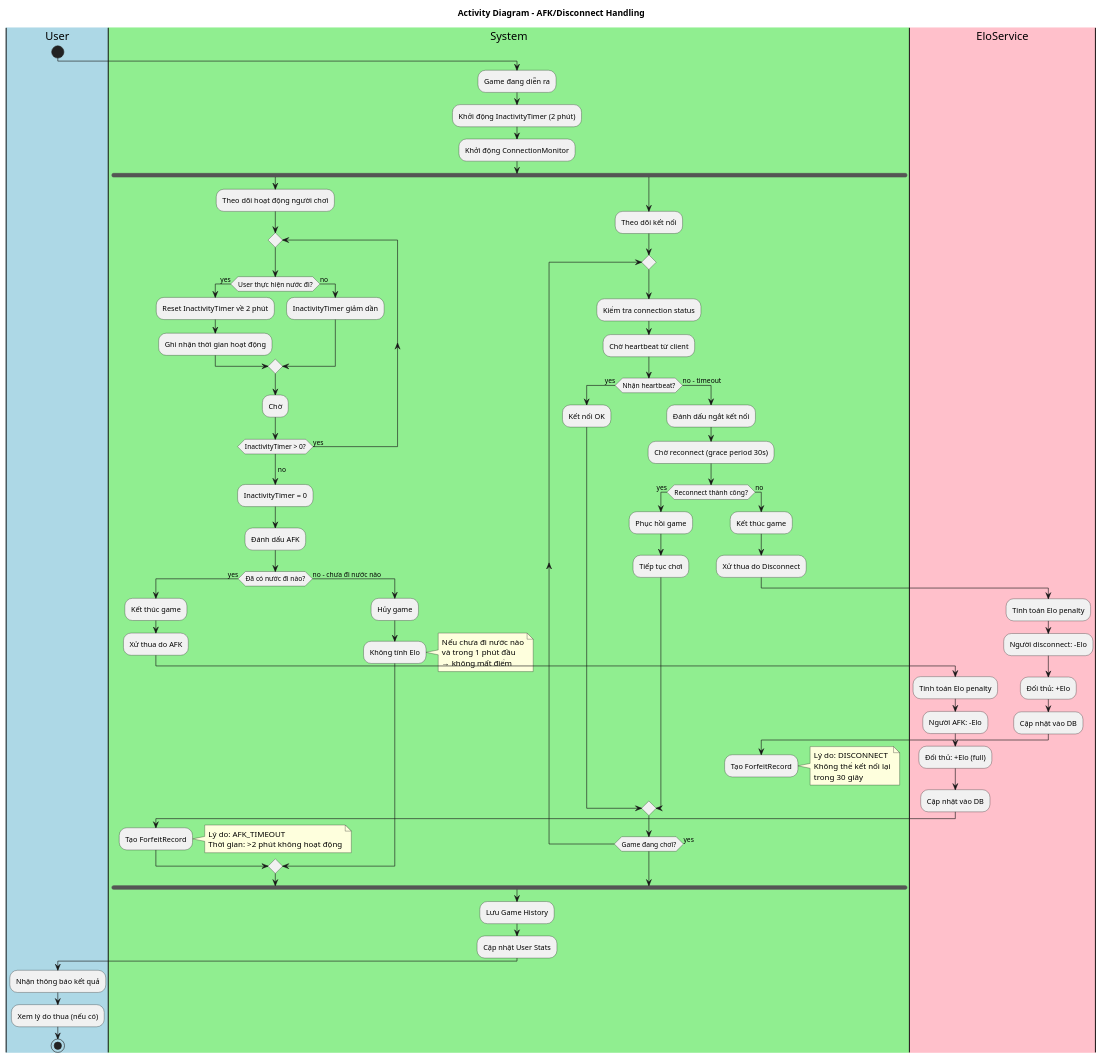
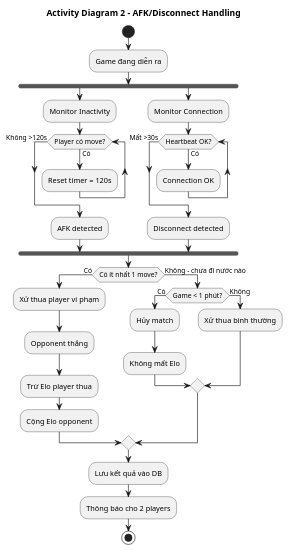
The diagram in diagram/activity/ranked_afk_disconnect_activity.puml (Sagitoaz/ChessWeb), drawn with PlantUML before and after one commit. The commit also changed 6 other files, not shown here.

Commit message:
Refactor activity, sequence, and state diagrams for ranked match system; update titles and streamline processes

```diff
--- a/diagram/activity/ranked_afk_disconnect_activity.puml
+++ b/diagram/activity/ranked_afk_disconnect_activity.puml
@@ -1,116 +1,52 @@
 @startuml UML_P3_Ranked_AFK_Disconnect_Activity
 
-title Activity Diagram - AFK/Disconnect Handling
+title Activity Diagram 2 - AFK/Disconnect Handling
 
-|#LightBlue|User|
 start
 
-|#LightGreen|System|
 :Game đang diễn ra;
-:Khởi động InactivityTimer (2 phút);
-:Khởi động ConnectionMonitor;
 
 fork
-    |#LightGreen|System|
-    :Theo dõi hoạt động người chơi;
+    :Monitor Inactivity;
     
-    repeat
-        if (User thực hiện nước đi?) then (yes)
-            :Reset InactivityTimer về 2 phút;
-            :Ghi nhận thời gian hoạt động;
-        else (no)
-            :InactivityTimer giảm dần;
-        endif
-        
-        :Chờ;
-        
-    repeat while (InactivityTimer > 0?) is (yes)
-    -> no;
+    while (Player có move?) is (Có)
+        :Reset timer = 120s;
+    endwhile (Không >120s)
     
-    |#LightGreen|System|
-    :InactivityTimer = 0;
-    :Đánh dấu AFK;
-    
-    if (Đã có nước đi nào?) then (yes)
-        :Kết thúc game;
-        :Xử thua do AFK;
-        
-        |#Pink|EloService|
-        :Tính toán Elo penalty;
-        :Người AFK: -Elo;
-        :Đối thủ: +Elo (full);
-        :Cập nhật vào DB;
-        
-        |#LightGreen|System|
-        :Tạo ForfeitRecord;
-        note right
-          Lý do: AFK_TIMEOUT
-          Thời gian: >2 phút không hoạt động
-        end note
-        
-    else (no - chưa đi nước nào)
-        :Hủy game;
-        :Không tính Elo;
-        note right
-          Nếu chưa đi nước nào
-          và trong 1 phút đầu
-          → không mất điểm
-        end note
-    endif
+    :AFK detected;
     
 fork again
-    |#LightGreen|System|
-    :Theo dõi kết nối;
+    :Monitor Connection;
     
-    repeat
-        :Kiểm tra connection status;
-        :Chờ heartbeat từ client;
-        
-        if (Nhận heartbeat?) then (yes)
-            :Kết nối OK;
-        else (no - timeout)
-            :Đánh dấu ngắt kết nối;
-            
-            |#LightGreen|System|
-            :Chờ reconnect (grace period 30s);
-            
-            if (Reconnect thành công?) then (yes)
-                :Phục hồi game;
-                :Tiếp tục chơi;
-            else (no)
-                :Kết thúc game;
-                :Xử thua do Disconnect;
-                
-                |#Pink|EloService|
-                :Tính toán Elo penalty;
-                :Người disconnect: -Elo;
-                :Đối thủ: +Elo;
-                :Cập nhật vào DB;
-                
-                |#LightGreen|System|
-                :Tạo ForfeitRecord;
-                note right
-                  Lý do: DISCONNECT
-                  Không thể kết nối lại
-                  trong 30 giây
-                end note
-                
-                detach
-            endif
-        endif
-        
-    repeat while (Game đang chơi?) is (yes)
+    while (Heartbeat OK?) is (Có)
+        :Connection OK;
+    endwhile (Mất >30s)
+    
+    :Disconnect detected;
     
 end fork
 
-|#LightGreen|System|
-:Lưu Game History;
-:Cập nhật User Stats;
+if (Có ít nhất 1 move?) then (Có)
+    
+    :Xử thua player vi phạm;
+    :Opponent thắng;
+    :Trừ Elo player thua;
+    :Cộng Elo opponent;
+    
+else (Không - chưa đi nước nào)
+    
+    if (Game < 1 phút?) then (Có)
+        :Hủy match;
+        :Không mất Elo;
+    else (Không)
+        :Xử thua bình thường;
+    endif
+    
+endif
 
-|#LightBlue|User|
-:Nhận thông báo kết quả;
-:Xem lý do thua (nếu có);
+:Lưu kết quả vào DB;
+:Thông báo cho 2 players;
 
 stop
 
 @enduml
```
